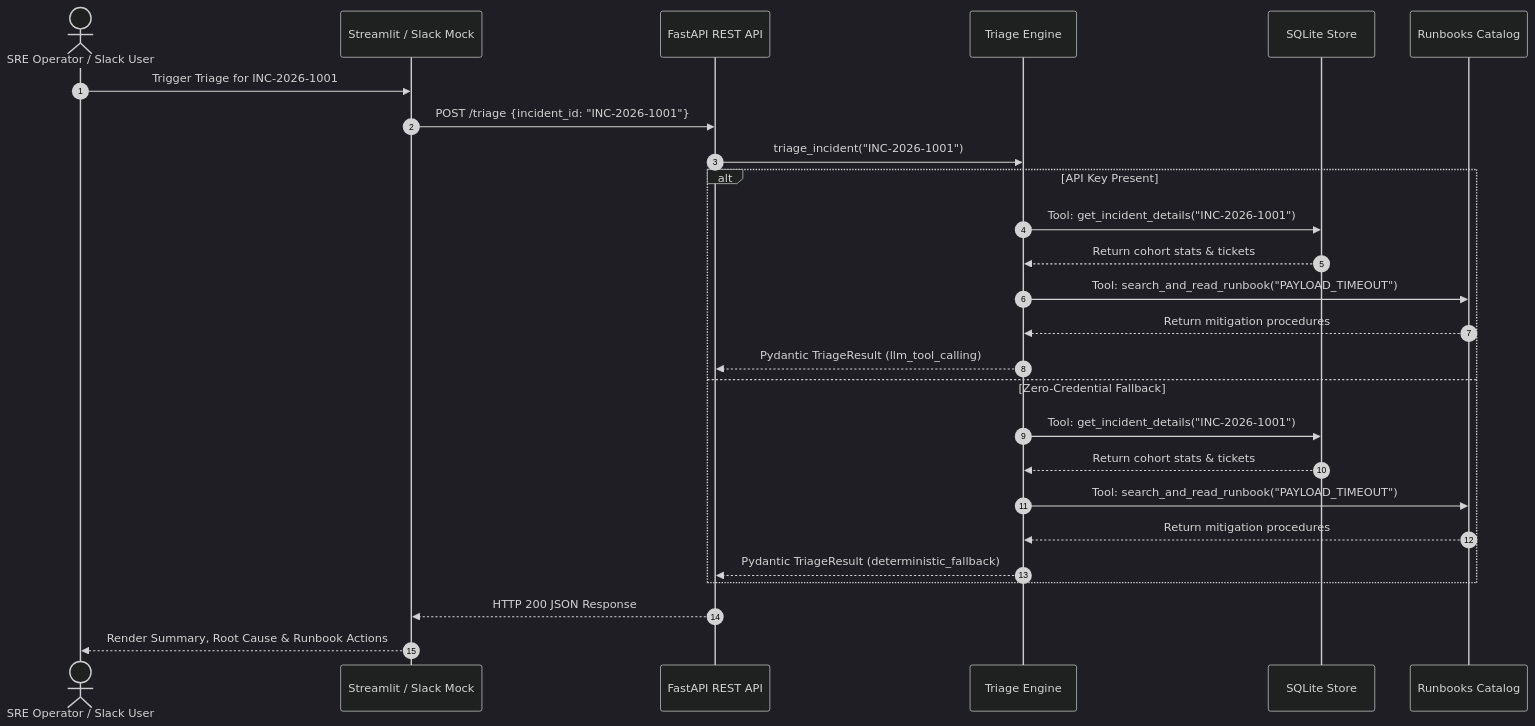
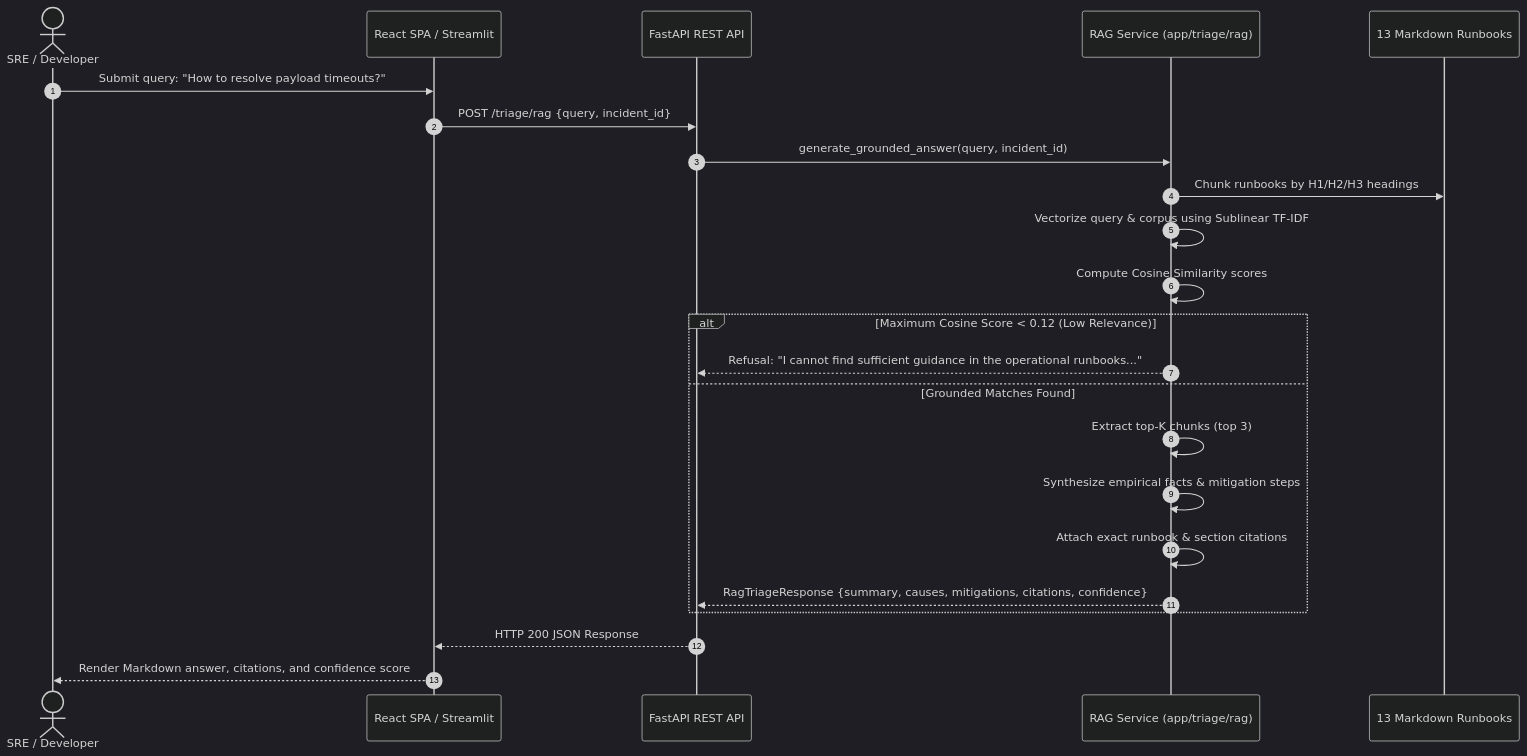
The second of 2 diagrams in ARCHITECTURE.md (meowski007/syncops-assistant), drawn with Mermaid (dark theme) before and after one commit. The commit also changed other lines of this file and 86 other files, not shown here.

Commit message:
feat: implement AI and data upgrades (ETL, governance, forecasting, RAG, React frontend)

````diff
--- a/ARCHITECTURE.md
+++ b/ARCHITECTURE.md
@@ -110,31 +145,26 @@
 ```mermaid
 sequenceDiagram
     autonumber
-    actor SRE as SRE Operator / Slack User
-    participant Dash as Streamlit / Slack Mock
+    actor Operator as SRE / Developer
+    participant Client as React SPA / Streamlit
     participant API as FastAPI REST API
-    participant Agent as Triage Engine
-    participant DB as SQLite Store
-    participant Books as Runbooks Catalog
+    participant RAG as RAG Service (app/triage/rag)
+    participant Corpus as 13 Markdown Runbooks
 
-    SRE->>Dash: Trigger Triage for INC-2026-1001
-    Dash->>API: POST /triage {incident_id: "INC-2026-1001"}
-    API->>Agent: triage_incident("INC-2026-1001")
-    
-    alt API Key Present
-        Agent->>DB: Tool: get_incident_details("INC-2026-1001")
-        DB-->>Agent: Return cohort stats & tickets
-        Agent->>Books: Tool: search_and_read_runbook("PAYLOAD_TIMEOUT")
-        Books-->>Agent: Return mitigation procedures
-        Agent-->>API: Pydantic TriageResult (llm_tool_calling)
-    else Zero-Credential Fallback
-        Agent->>DB: Tool: get_incident_details("INC-2026-1001")
-        DB-->>Agent: Return cohort stats & tickets
-        Agent->>Books: Tool: search_and_read_runbook("PAYLOAD_TIMEOUT")
-        Books-->>Agent: Return mitigation procedures
-        Agent-->>API: Pydantic TriageResult (deterministic_fallback)
+    Operator->>Client: Submit query: "How to resolve payload timeouts?"
+    Client->>API: POST /triage/rag {query, incident_id}
+    API->>RAG: generate_grounded_answer(query, incident_id)
+    RAG->>Corpus: Chunk runbooks by H1/H2/H3 headings
+    RAG->>RAG: Vectorize query & corpus using Sublinear TF-IDF
+    RAG->>RAG: Compute Cosine Similarity scores
+    alt Maximum Cosine Score < 0.12 (Low Relevance)
+        RAG-->>API: Refusal: "I cannot find sufficient guidance in the operational runbooks..."
+    else Grounded Matches Found
+        RAG->>RAG: Extract top-K chunks (top 3)
+        RAG->>RAG: Synthesize empirical facts & mitigation steps
+        RAG->>RAG: Attach exact runbook & section citations
+        RAG-->>API: RagTriageResponse {summary, causes, mitigations, citations, confidence}
     end
-
-    API-->>Dash: HTTP 200 JSON Response
-    Dash-->>SRE: Render Summary, Root Cause & Runbook Actions
+    API-->>Client: HTTP 200 JSON Response
+    Client-->>Operator: Render Markdown answer, citations, and confidence score
 ```
````
